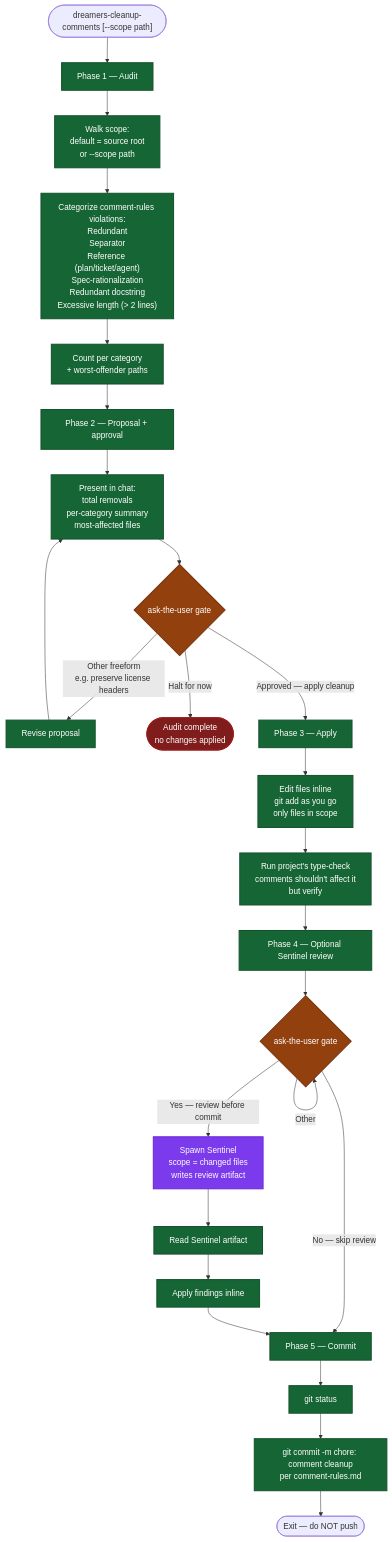
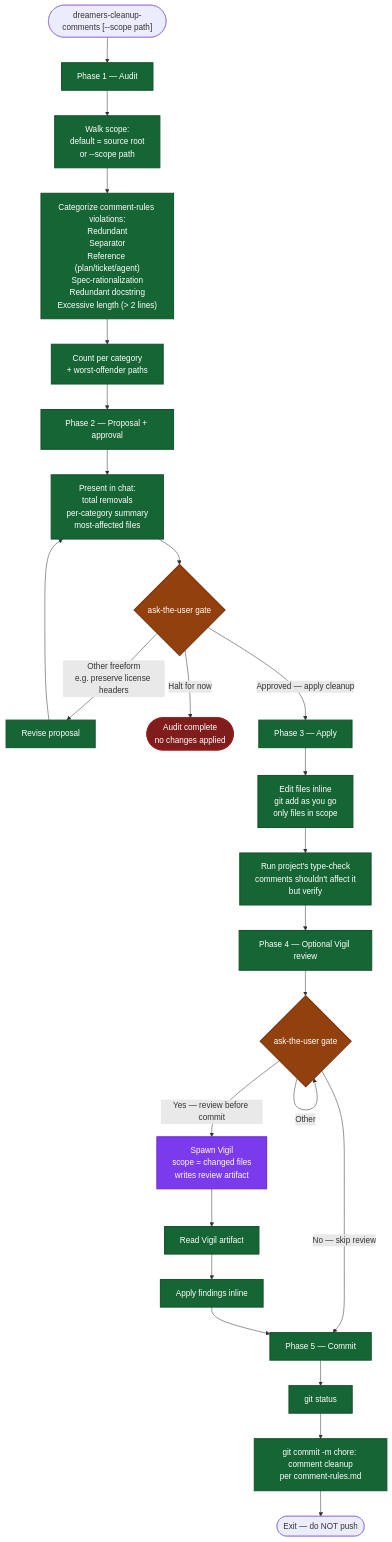
One commit to mrStorrs/dreamers-codex changed the diagram in skills/dreamers-cleanup-comments/readme.md. Above: the diagram before and after it, drawn with Mermaid. The commit also changed other lines of this file and 14 other files, not shown here.

````diff
--- a/skills/dreamers-cleanup-comments/readme.md
+++ b/skills/dreamers-cleanup-comments/readme.md
@@ -5,42 +5,42 @@
 ```mermaid
 flowchart TD
     Start(["dreamers-cleanup-comments [--scope path]"]) --> P1
 
     P1["Phase 1 — Audit"] --> Walk["Walk scope:<br/>default = source root<br/>or --scope path"]
     Walk --> Categorize["Categorize comment-rules violations:<br/>Redundant<br/>Separator<br/>Reference (plan/ticket/agent)<br/>Spec-rationalization<br/>Redundant docstring<br/>Excessive length (> 2 lines)"]
     Categorize --> CountReport["Count per category<br/>+ worst-offender paths"]
     CountReport --> P2
 
     P2["Phase 2 — Proposal + approval"] --> Propose["Present in chat:<br/>total removals<br/>per-category summary<br/>most-affected files"]
     Propose --> ApprovalGate{"ask-the-user gate"}
     ApprovalGate -->|"Other freeform<br/>e.g. preserve license headers"| Revise["Revise proposal"]
     Revise --> Propose
     ApprovalGate -->|Halt for now| HaltA(["Audit complete<br/>no changes applied"])
     ApprovalGate -->|Approved — apply cleanup| P3
 
     P3["Phase 3 — Apply"] --> Apply["Edit files inline<br/>git add as you go<br/>only files in scope"]
     Apply --> TypeCheck["Run project's type-check<br/>comments shouldn't affect it<br/>but verify"]
     TypeCheck --> P4
 
-    P4["Phase 4 — Optional Sentinel review"] --> ReviewGate{"ask-the-user gate"}
+    P4["Phase 4 — Optional Vigil review"] --> ReviewGate{"ask-the-user gate"}
     ReviewGate -->|Other| ReviewGate
     ReviewGate -->|No — skip review| P5
-    ReviewGate -->|Yes — review before commit| SpawnSentinel["Spawn Sentinel<br/>scope = changed files<br/>writes review artifact"]
-    SpawnSentinel --> ReadArtifact["Read Sentinel artifact"]
+    ReviewGate -->|Yes — review before commit| SpawnVigil["Spawn Vigil<br/>scope = changed files<br/>writes review artifact"]
+    SpawnVigil --> ReadArtifact["Read Vigil artifact"]
     ReadArtifact --> ApplyFindings["Apply findings inline"]
     ApplyFindings --> P5
 
     P5["Phase 5 — Commit"] --> Status["git status"]
     Status --> Commit["git commit -m chore: comment cleanup<br/>per comment-rules.md"]
     Commit --> End(["Exit — do NOT push"])
 
     classDef gate fill:#92400e,stroke:#78350f,stroke-width:2px,color:#fff
     classDef halt fill:#7f1d1d,stroke:#991b1b,stroke-width:2px,color:#fff
     classDef phase fill:#166534,stroke:#14532d,stroke-width:2px,color:#fff
     classDef agent fill:#7c3aed,stroke:#6d28d9,stroke-width:2px,color:#fff
 
     class ApprovalGate,ReviewGate gate
     class HaltA halt
-    class SpawnSentinel agent
+    class SpawnVigil agent
     class P1,P2,P3,P4,P5,Walk,Categorize,CountReport,Propose,Revise,Apply,TypeCheck,ReadArtifact,ApplyFindings,Status,Commit phase
 ```
````
